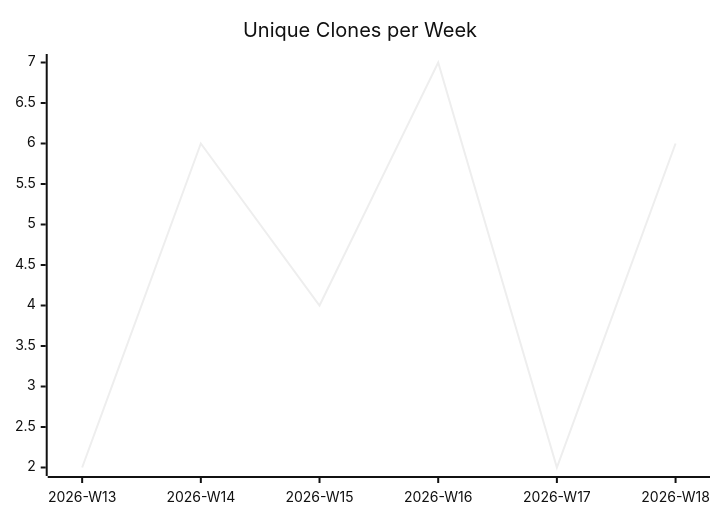
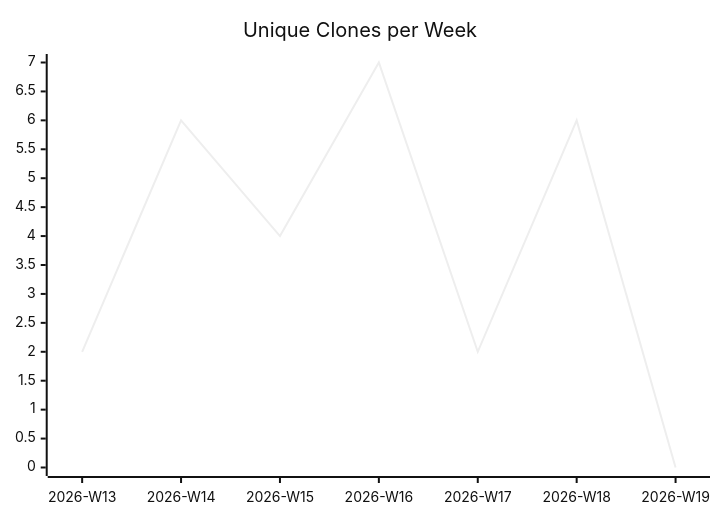
The third of 3 diagrams in karlmdavis/obsidian-operator/README.md (justdavis-family/github-analytics-data), drawn with Mermaid (neutral theme) before and after one commit. The commit also changed other lines of this file and 187 other files, not shown here.

````diff
--- a/karlmdavis/obsidian-operator/README.md
+++ b/karlmdavis/obsidian-operator/README.md
@@ -19,6 +19,6 @@
 ```mermaid
 xychart-beta
   title "Unique Clones per Week"
-  x-axis ["2026-W13", "2026-W14", "2026-W15", "2026-W16", "2026-W17", "2026-W18"]
-  line [2, 6, 4, 7, 2, 6]
+  x-axis ["2026-W13", "2026-W14", "2026-W15", "2026-W16", "2026-W17", "2026-W18", "2026-W19"]
+  line [2, 6, 4, 7, 2, 6, 0]
 ```
````
